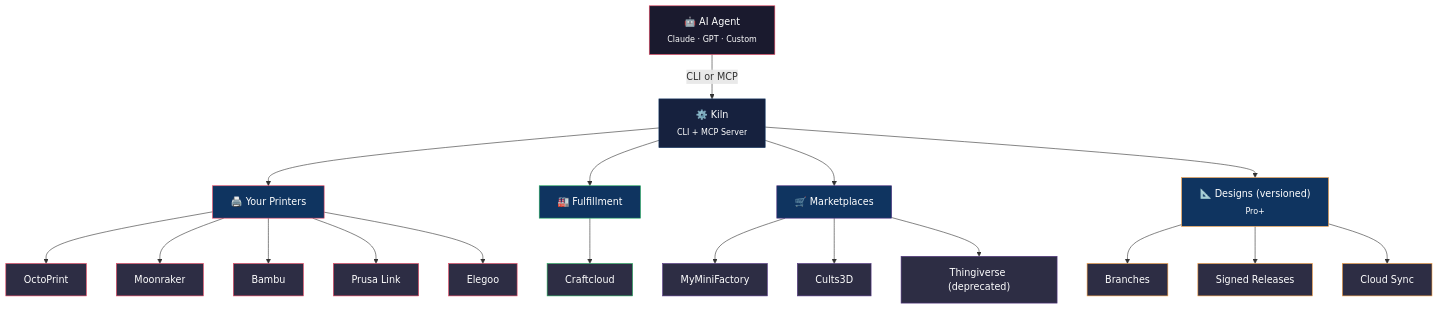
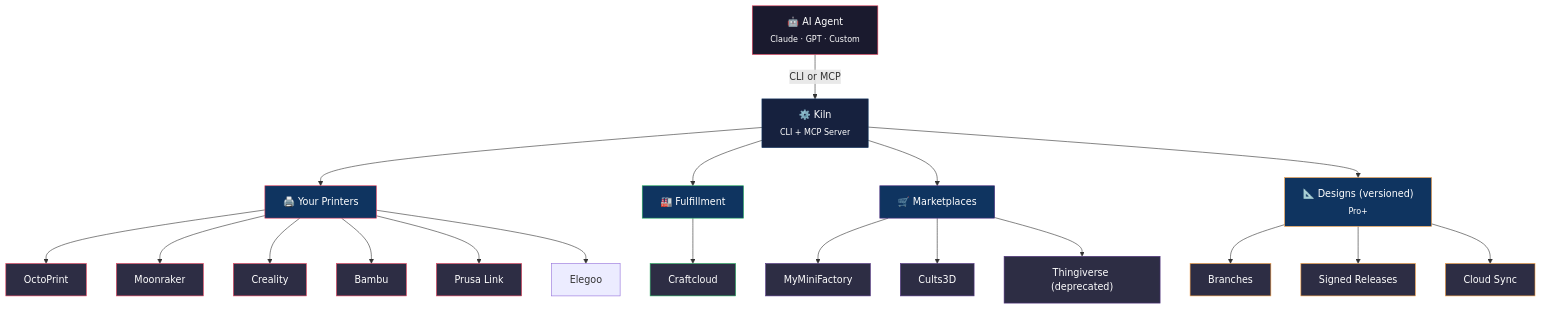
One commit to codeofaxel/Kiln changed the first of 2 diagrams in README.md. Above: the diagram before and after it, drawn with Mermaid. The commit also changed other lines of this file and 45 other files, not shown here.

````diff
--- a/README.md
+++ b/README.md
@@ -56,45 +56,46 @@
 ```mermaid
 graph TD
     A["🤖 AI Agent<br/><sub>Claude · GPT · Custom</sub>"]
     A -->|"CLI or MCP"| B["⚙️ Kiln<br/><sub>CLI + MCP Server</sub>"]
 
     B --> C["🖨️ Your Printers"]
     B --> F["🏭 Fulfillment"]
     B --> D["🛒 Marketplaces"]
     B --> V["📐 Designs (versioned)<br/><sub>Pro+</sub>"]
 
     C --> E1["OctoPrint"]
     C --> E2["Moonraker"]
-    C --> E3["Bambu"]
-    C --> E4["Prusa Link"]
-    C --> E5["Elegoo"]
+    C --> E3["Creality"]
+    C --> E4["Bambu"]
+    C --> E5["Prusa Link"]
+    C --> E6["Elegoo"]
 
     F --> F1["Craftcloud"]
 
     D --> I["MyMiniFactory"]
     D --> J["Cults3D"]
     D --> H["Thingiverse (deprecated)"]
 
     V --> V1["Branches"]
     V --> V2["Signed Releases"]
     V --> V3["Cloud Sync"]
 
     style A fill:#1a1a2e,stroke:#e94560,color:#fff
     style B fill:#16213e,stroke:#0f3460,color:#fff
     style C fill:#0f3460,stroke:#e94560,color:#fff
     style F fill:#0f3460,stroke:#27ae60,color:#fff
     style D fill:#0f3460,stroke:#533483,color:#fff
     style V fill:#0f3460,stroke:#f59e42,color:#fff
     style E1 fill:#2d2d44,stroke:#e94560,color:#fff
     style E2 fill:#2d2d44,stroke:#e94560,color:#fff
     style E3 fill:#2d2d44,stroke:#e94560,color:#fff
     style E4 fill:#2d2d44,stroke:#e94560,color:#fff
     style E5 fill:#2d2d44,stroke:#e94560,color:#fff
     style F1 fill:#2d2d44,stroke:#27ae60,color:#fff
     style H fill:#2d2d44,stroke:#533483,color:#fff
     style I fill:#2d2d44,stroke:#533483,color:#fff
     style J fill:#2d2d44,stroke:#533483,color:#fff
     style V1 fill:#2d2d44,stroke:#f59e42,color:#fff
     style V2 fill:#2d2d44,stroke:#f59e42,color:#fff
     style V3 fill:#2d2d44,stroke:#f59e42,color:#fff
 ```
````
